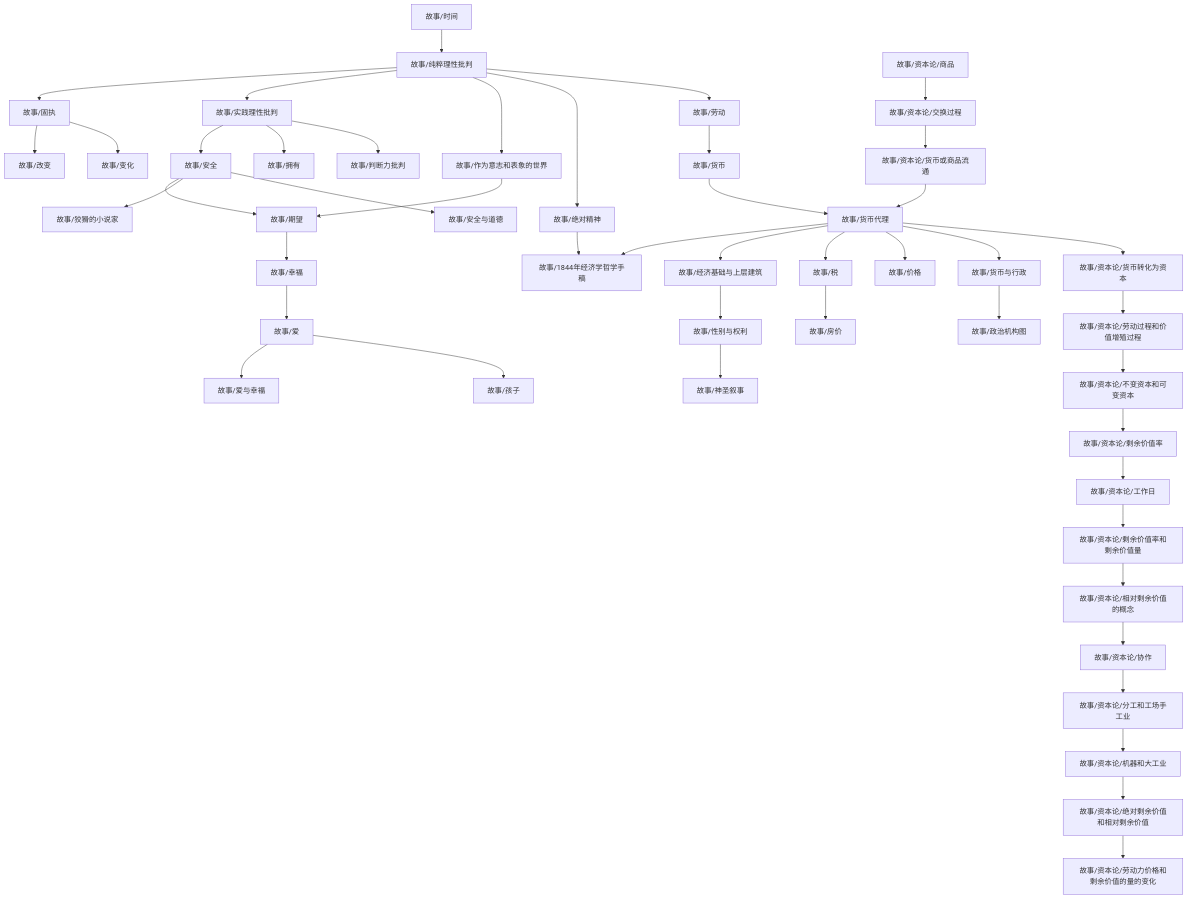
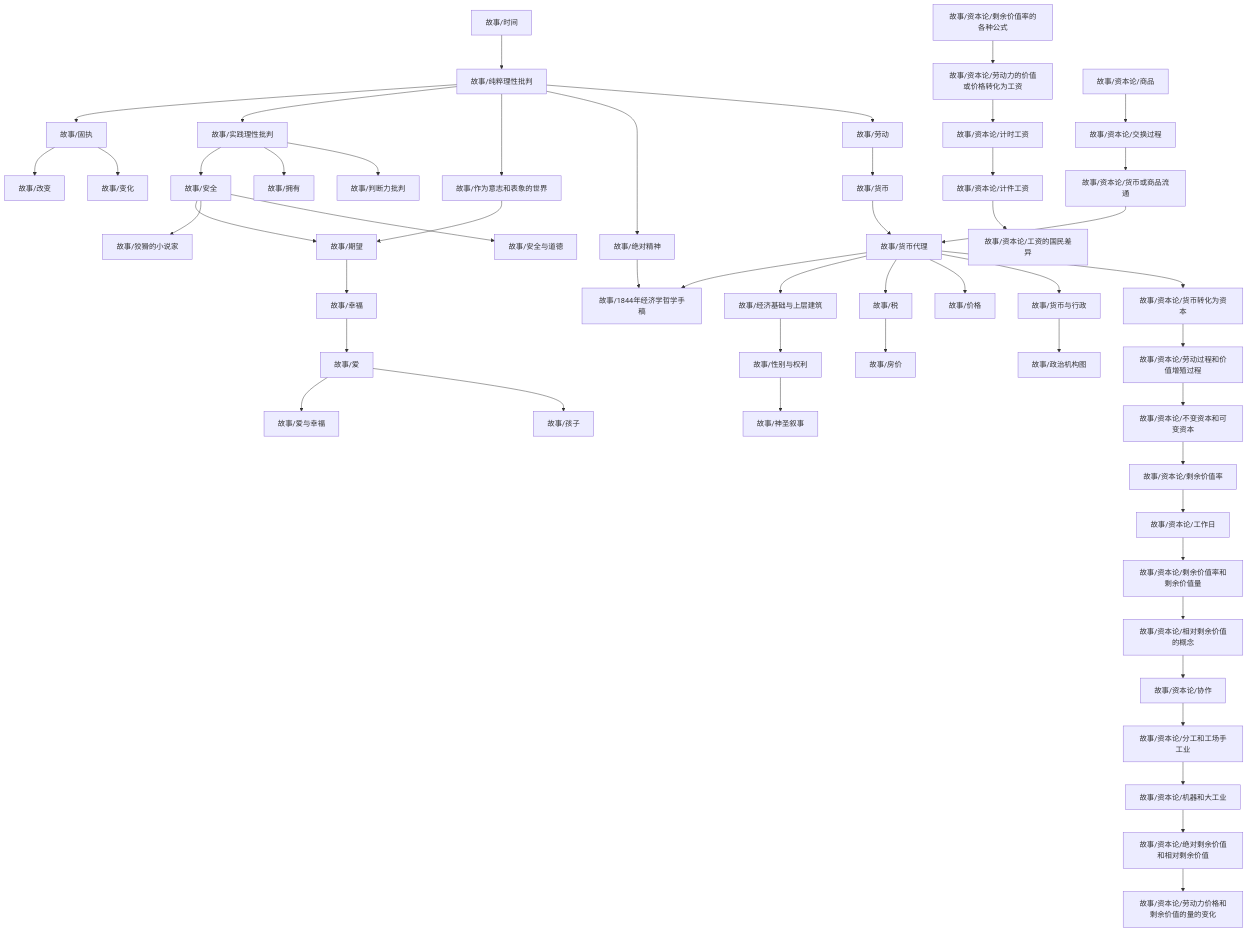
Before and after one commit to zengls3186428803/zengls3186428803.github.io: the diagram in content/故事/dependency_graph.md, drawn with Mermaid. The commit also changed 5 other files, not shown here.

````diff
--- a/content/故事/dependency_graph.md
+++ b/content/故事/dependency_graph.md
@@ -1,49 +1,53 @@
 ```mermaid
 graph TD
 1["故事/纯粹理性批判"] --> 0["故事/固执"]
 3["故事/经济基础与上层建筑"] --> 2["故事/性别与权利"]
 0["故事/固执"] --> 4["故事/改变"]
 6["故事/货币代理"] --> 5["故事/1844年经济学哲学手稿"]
 7["故事/绝对精神"] --> 5["故事/1844年经济学哲学手稿"]
 9["故事/作为意志和表象的世界"] --> 8["故事/期望"]
 10["故事/安全"] --> 8["故事/期望"]
 10["故事/安全"] --> 11["故事/狡猾的小说家"]
 1["故事/纯粹理性批判"] --> 12["故事/实践理性批判"]
 13["故事/时间"] --> 1["故事/纯粹理性批判"]
 12["故事/实践理性批判"] --> 10["故事/安全"]
 6["故事/货币代理"] --> 3["故事/经济基础与上层建筑"]
 12["故事/实践理性批判"] --> 14["故事/拥有"]
 6["故事/货币代理"] --> 15["故事/税"]
 15["故事/税"] --> 16["故事/房价"]
 18["故事/货币与行政"] --> 17["故事/政治机构图"]
 0["故事/固执"] --> 19["故事/变化"]
 21["故事/幸福"] --> 20["故事/爱"]
 6["故事/货币代理"] --> 22["故事/价格"]
 23["故事/货币"] --> 6["故事/货币代理"]
 24["故事/资本论/货币或商品流通"] --> 6["故事/货币代理"]
 1["故事/纯粹理性批判"] --> 9["故事/作为意志和表象的世界"]
 1["故事/纯粹理性批判"] --> 7["故事/绝对精神"]
 6["故事/货币代理"] --> 18["故事/货币与行政"]
 10["故事/安全"] --> 26["故事/安全与道德"]
 2["故事/性别与权利"] --> 27["故事/神圣叙事"]
 20["故事/爱"] --> 28["故事/爱与幸福"]
 29["故事/劳动"] --> 23["故事/货币"]
 20["故事/爱"] --> 30["故事/孩子"]
 1["故事/纯粹理性批判"] --> 29["故事/劳动"]
 12["故事/实践理性批判"] --> 31["故事/判断力批判"]
 8["故事/期望"] --> 21["故事/幸福"]
 33["故事/资本论/不变资本和可变资本"] --> 32["故事/资本论/剩余价值率"]
 34["故事/资本论/交换过程"] --> 24["故事/资本论/货币或商品流通"]
-36["故事/资本论/机器和大工业"] --> 35["故事/资本论/绝对剩余价值和相对剩余价值"]
-38["故事/资本论/货币转化为资本"] --> 37["故事/资本论/劳动过程和价值增殖过程"]
-37["故事/资本论/劳动过程和价值增殖过程"] --> 33["故事/资本论/不变资本和可变资本"]
-40["故事/资本论/相对剩余价值的概念"] --> 39["故事/资本论/协作"]
-41["故事/资本论/分工和工场手工业"] --> 36["故事/资本论/机器和大工业"]
-6["故事/货币代理"] --> 38["故事/资本论/货币转化为资本"]
-42["故事/资本论/商品"] --> 34["故事/资本论/交换过程"]
-35["故事/资本论/绝对剩余价值和相对剩余价值"] --> 43["故事/资本论/劳动力价格和剩余价值的量的变化"]
-39["故事/资本论/协作"] --> 41["故事/资本论/分工和工场手工业"]
-45["故事/资本论/工作日"] --> 44["故事/资本论/剩余价值率和剩余价值量"]
-44["故事/资本论/剩余价值率和剩余价值量"] --> 40["故事/资本论/相对剩余价值的概念"]
-32["故事/资本论/剩余价值率"] --> 45["故事/资本论/工作日"]
+36["故事/资本论/劳动力的价值或价格转化为工资"] --> 35["故事/资本论/计时工资"]
+38["故事/资本论/机器和大工业"] --> 37["故事/资本论/绝对剩余价值和相对剩余价值"]
+40["故事/资本论/货币转化为资本"] --> 39["故事/资本论/劳动过程和价值增殖过程"]
+39["故事/资本论/劳动过程和价值增殖过程"] --> 33["故事/资本论/不变资本和可变资本"]
+42["故事/资本论/相对剩余价值的概念"] --> 41["故事/资本论/协作"]
+43["故事/资本论/分工和工场手工业"] --> 38["故事/资本论/机器和大工业"]
+6["故事/货币代理"] --> 40["故事/资本论/货币转化为资本"]
+44["故事/资本论/商品"] --> 34["故事/资本论/交换过程"]
+35["故事/资本论/计时工资"] --> 45["故事/资本论/计件工资"]
+37["故事/资本论/绝对剩余价值和相对剩余价值"] --> 46["故事/资本论/劳动力价格和剩余价值的量的变化"]
+45["故事/资本论/计件工资"] --> 47["故事/资本论/工资的国民差异"]
+41["故事/资本论/协作"] --> 43["故事/资本论/分工和工场手工业"]
+48["故事/资本论/剩余价值率的各种公式"] --> 36["故事/资本论/劳动力的价值或价格转化为工资"]
+50["故事/资本论/工作日"] --> 49["故事/资本论/剩余价值率和剩余价值量"]
+49["故事/资本论/剩余价值率和剩余价值量"] --> 42["故事/资本论/相对剩余价值的概念"]
+32["故事/资本论/剩余价值率"] --> 50["故事/资本论/工作日"]
 ```
````
